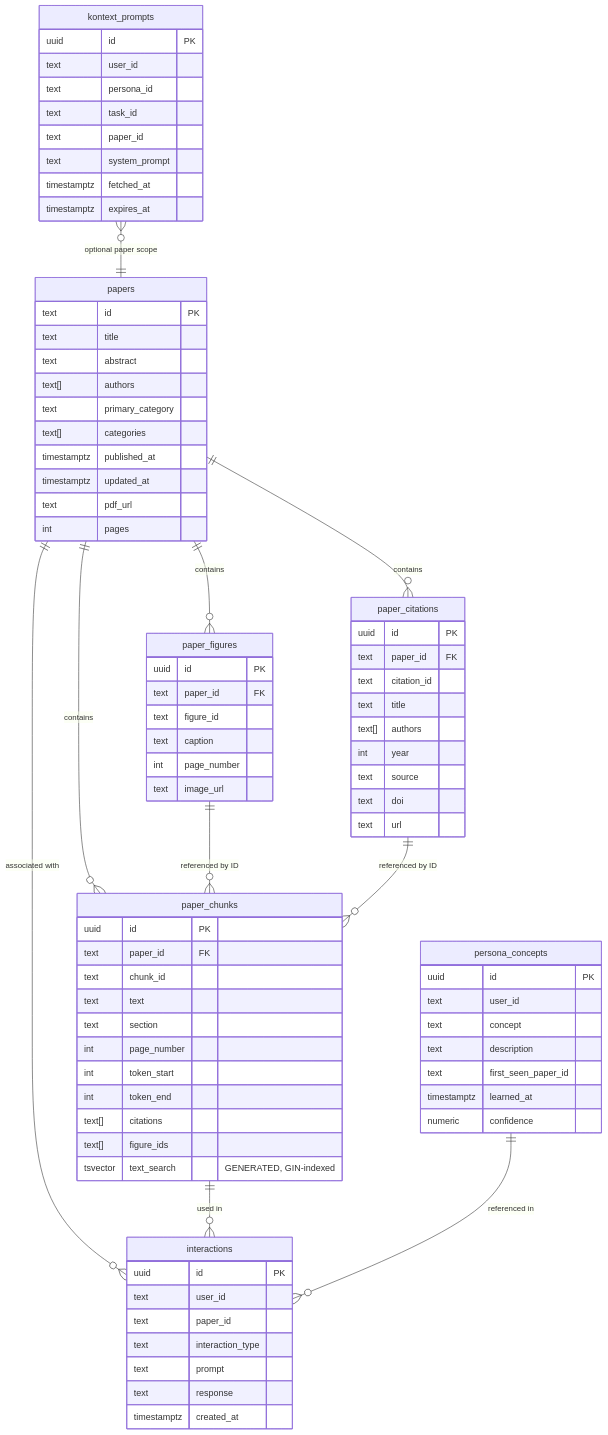
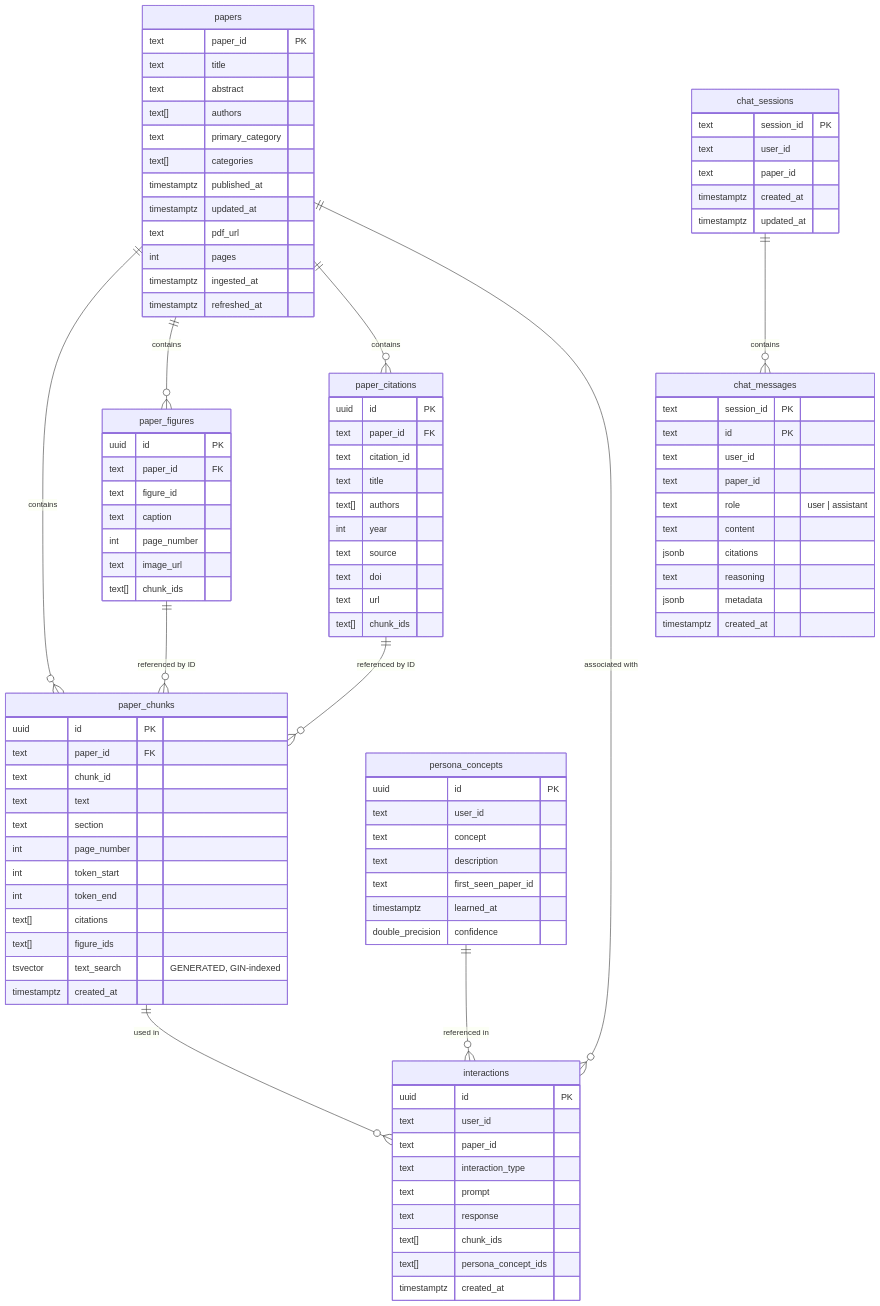
The first of 3 diagrams in docs/database-structure.md (berdyh/readable), drawn with Mermaid before and after one commit. The commit also changed other lines of this file and 5 other files, not shown here.

````diff
--- a/docs/database-structure.md
+++ b/docs/database-structure.md
@@ -29,10 +33,10 @@
     paper_citations ||--o{ paper_chunks : "referenced by ID"
 
     persona_concepts ||--o{ interactions : "referenced in"
-    kontext_prompts }o--|| papers : "optional paper scope"
+    chat_sessions ||--o{ chat_messages : "contains"
 
     papers {
-        text id PK
+        text paper_id PK
         text title
         text abstract
         text[] authors
@@ -42,6 +46,8 @@
         timestamptz updated_at
         text pdf_url
         int pages
+        timestamptz ingested_at
+        timestamptz refreshed_at
     }
 
     paper_chunks {
@@ -56,6 +62,7 @@
         text[] citations
         text[] figure_ids
         tsvector text_search "GENERATED, GIN-indexed"
+        timestamptz created_at
     }
 
     paper_figures {
@@ -65,6 +72,7 @@
         text caption
         int page_number
         text image_url
+        text[] chunk_ids
     }
 
     paper_citations {
@@ -77,6 +85,7 @@
         text source
         text doi
         text url
+        text[] chunk_ids
     }
 
     persona_concepts {
@@ -86,7 +95,7 @@
         text description
         text first_seen_paper_id
         timestamptz learned_at
-        numeric confidence
+        double_precision confidence
     }
 
     interactions {
@@ -96,17 +105,29 @@
         text interaction_type
         text prompt
         text response
+        text[] chunk_ids
+        text[] persona_concept_ids
         timestamptz created_at
     }
 
-    kontext_prompts {
-        uuid id PK
+    chat_sessions {
+        text session_id PK
         text user_id
-        text persona_id
-        text task_id
         text paper_id
-        text system_prompt
-        timestamptz fetched_at
-        timestamptz expires_at
+        timestamptz created_at
+        timestamptz updated_at
+    }
+
+    chat_messages {
+        text session_id PK
+        text id PK
+        text user_id
+        text paper_id
+        text role "user | assistant"
+        text content
+        jsonb citations
+        text reasoning
+        jsonb metadata
+        timestamptz created_at
     }
 ```
````
